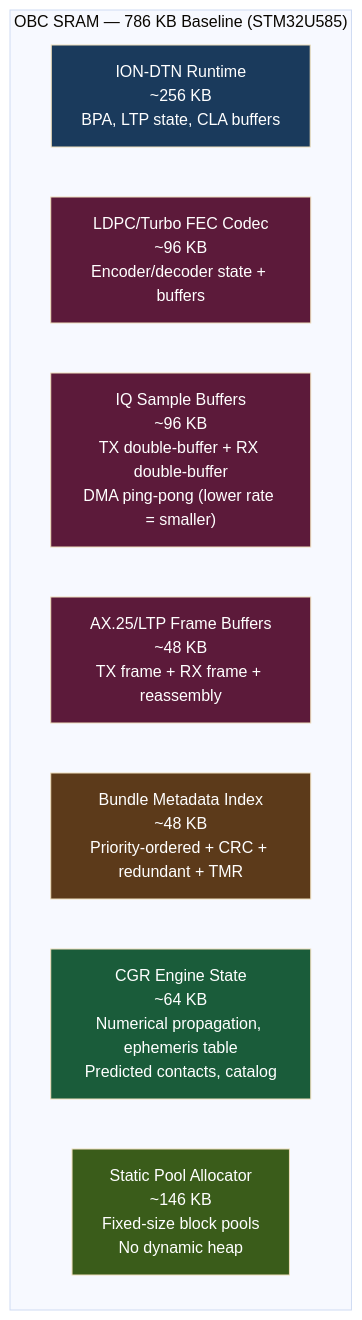
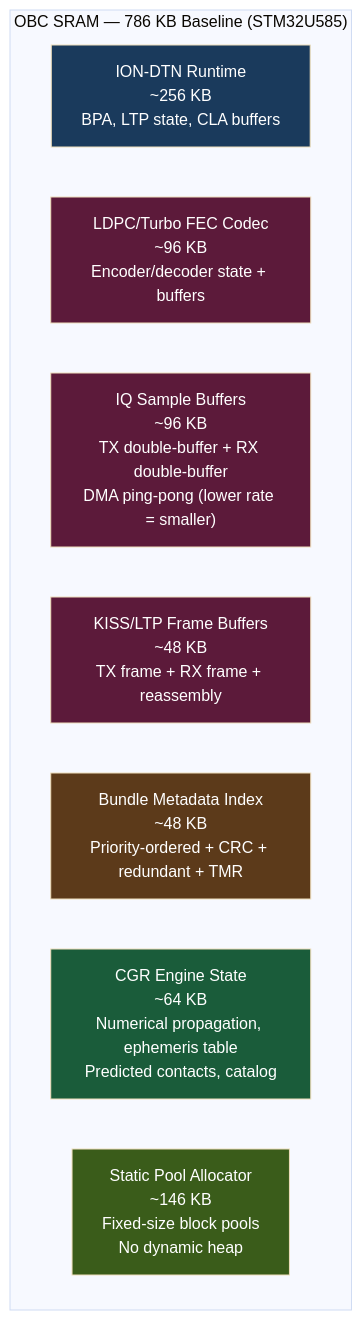
The second of 7 diagrams in docs/cislunar-phase4/design.md (g4dpz/cislunar_proposal), drawn with Mermaid (base theme) before and after one commit. The commit also changed other lines of this file and 17 other files, not shown here.

Commit message:
Replace AX.25 with LTP-over-KISS and dtn:// EIDs across all specs, add cislunar redirect conf

````diff
--- a/docs/cislunar-phase4/design.md
+++ b/docs/cislunar-phase4/design.md
@@ -105,20 +105,20 @@
 ```mermaid
 graph TD
     subgraph "OBC SRAM — 786 KB Baseline (STM32U585)"
         ION_MEM["ION-DTN Runtime<br/>~256 KB<br/>BPA, LTP state, CLA buffers"]
         FEC_MEM["LDPC/Turbo FEC Codec<br/>~96 KB<br/>Encoder/decoder state + buffers"]
         IQ_BUF["IQ Sample Buffers<br/>~96 KB<br/>TX double-buffer + RX double-buffer<br/>DMA ping-pong (lower rate = smaller)"]
-        AX25_BUF["AX.25/LTP Frame Buffers<br/>~48 KB<br/>TX frame + RX frame + reassembly"]
+        KISS_BUF["KISS/LTP Frame Buffers<br/>~48 KB<br/>TX frame + RX frame + reassembly"]
         IDX_MEM["Bundle Metadata Index<br/>~48 KB<br/>Priority-ordered + CRC + redundant + TMR"]
         CGR_MEM["CGR Engine State<br/>~64 KB<br/>Numerical propagation, ephemeris table<br/>Predicted contacts, catalog"]
         POOL["Static Pool Allocator<br/>~146 KB<br/>Fixed-size block pools<br/>No dynamic heap"]
     end
 
     style ION_MEM fill:#1a3a5c,color:#fff
     style FEC_MEM fill:#5c1a3a,color:#fff
     style IQ_BUF fill:#5c1a3a,color:#fff
-    style AX25_BUF fill:#5c1a3a,color:#fff
+    style KISS_BUF fill:#5c1a3a,color:#fff
     style IDX_MEM fill:#5c3a1a,color:#fff
     style CGR_MEM fill:#1a5c3a,color:#fff
     style POOL fill:#3a5c1a,color:#fff
 ```
````
